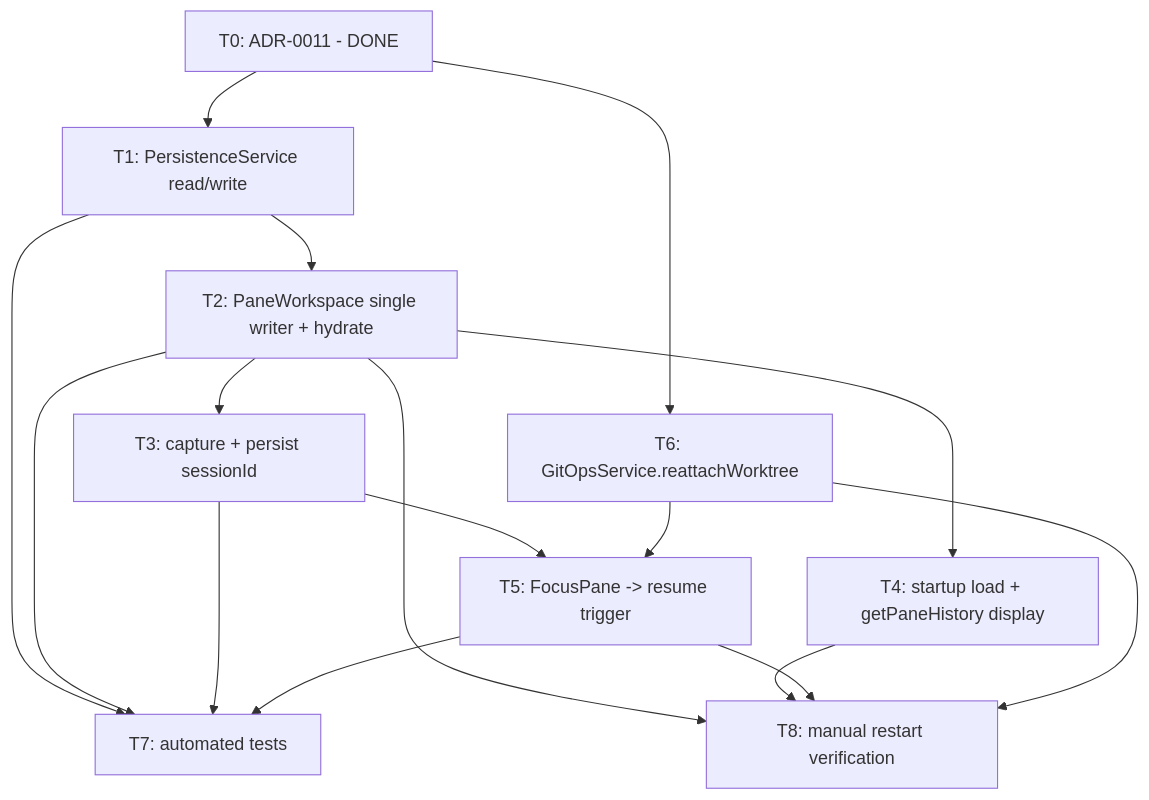
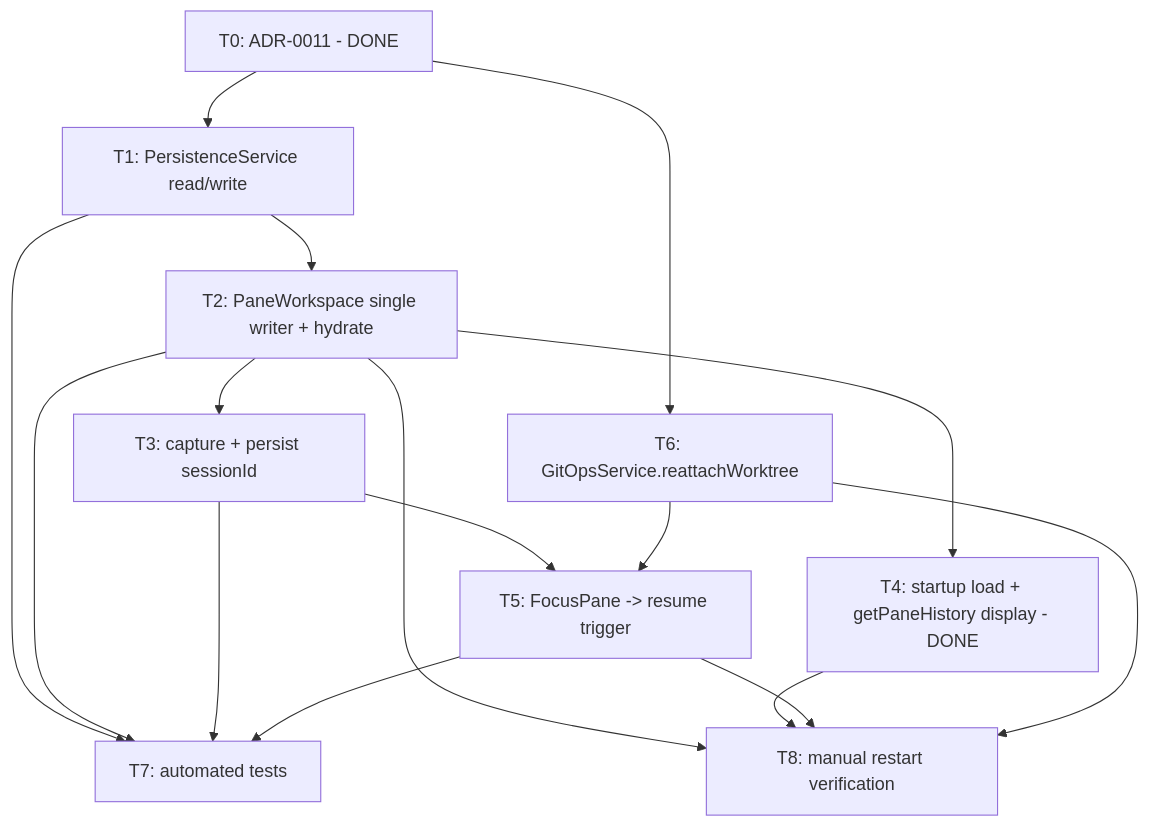
One commit to draekien/dia changed the diagram in .draekien/break-down-prd/dia-mvp/05-persistence-restart-restore.md. Above: the diagram before and after it, drawn with Mermaid. The commit also changed other lines of this file and 10 other files, not shown here.

First line of the commit message:
feat: read restored pane history from the Agent SDK session store

````diff
--- a/.draekien/break-down-prd/dia-mvp/05-persistence-restart-restore.md
+++ b/.draekien/break-down-prd/dia-mvp/05-persistence-restart-restore.md
@@ -78,27 +78,27 @@
 ```mermaid
 graph TD
   T0[T0: ADR-0011 - DONE]
   T1[T1: PersistenceService read/write]
   T2[T2: PaneWorkspace single writer + hydrate]
   T3[T3: capture + persist sessionId]
-  T4[T4: startup load + getPaneHistory display]
+  T4[T4: startup load + getPaneHistory display - DONE]
   T5[T5: FocusPane -> resume trigger]
   T6[T6: GitOpsService.reattachWorktree]
   T7[T7: automated tests]
   T8[T8: manual restart verification]
   T0 --> T1
   T0 --> T6
   T1 --> T2
   T2 --> T3
   T2 --> T4
   T3 --> T5
   T6 --> T5
   T1 --> T7
   T2 --> T7
   T3 --> T7
   T5 --> T7
   T2 --> T8
   T4 --> T8
   T5 --> T8
   T6 --> T8
 ```
````
